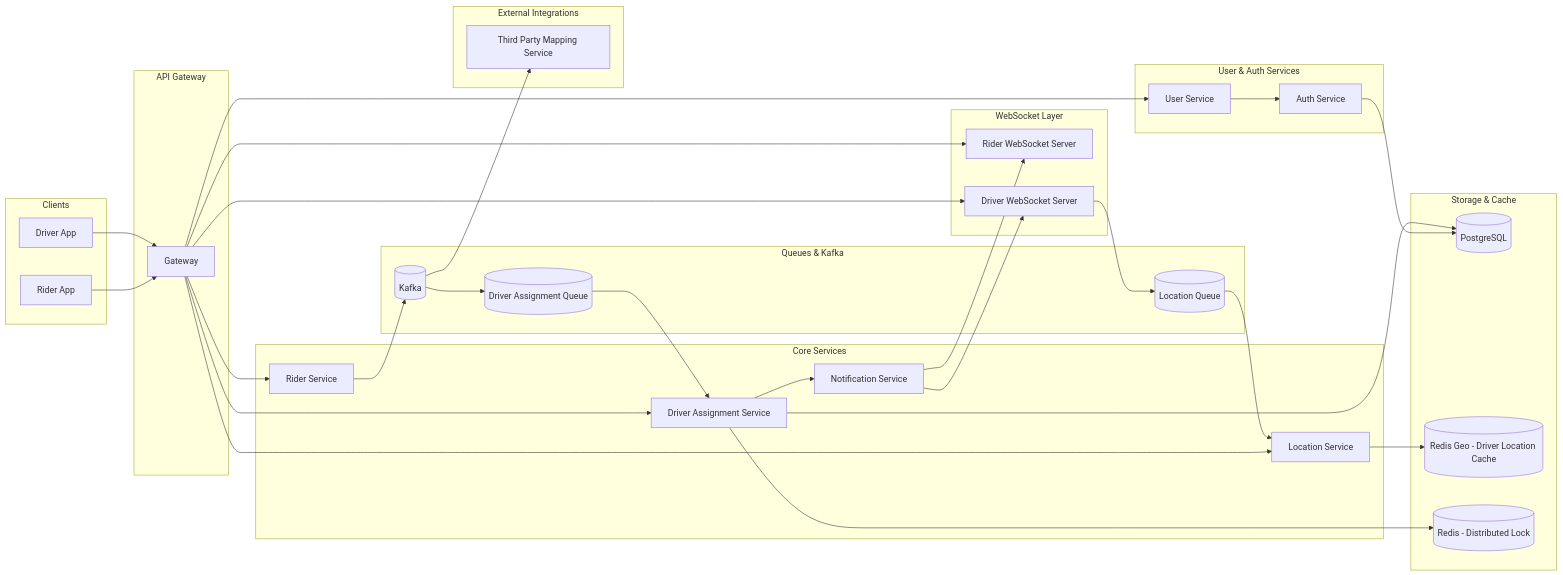
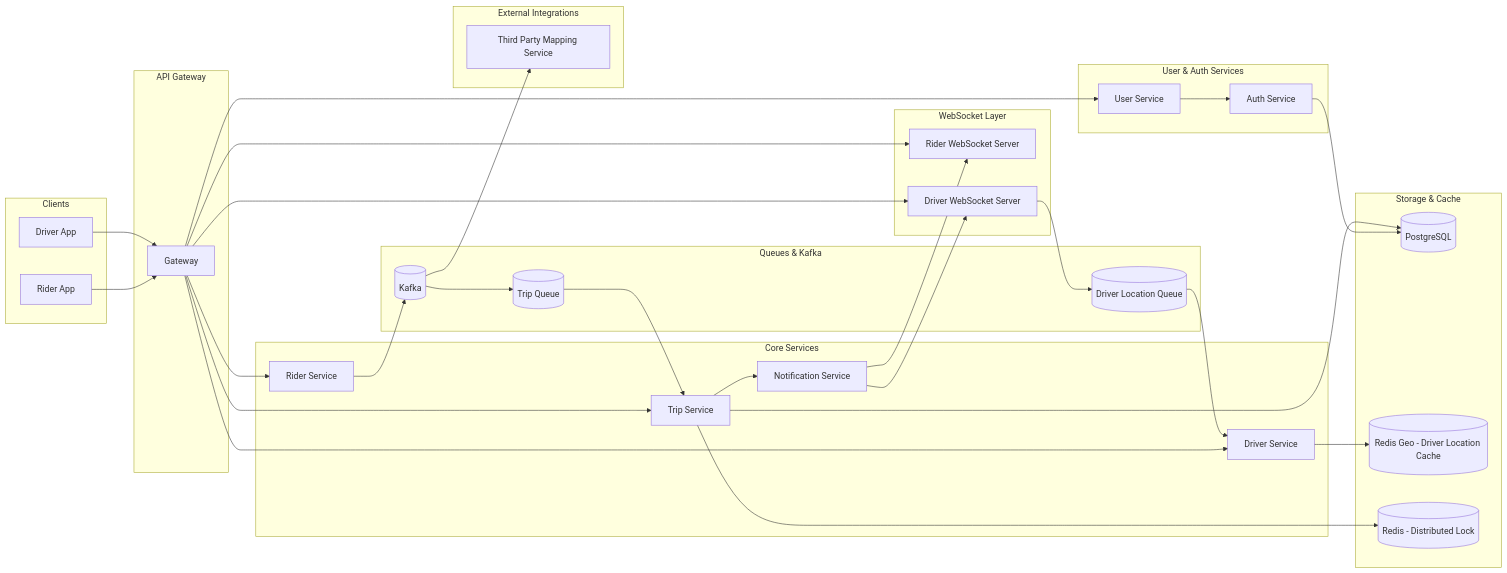
One commit to LeVanHuy84/microservice-server changed the first of 2 diagrams in ARCHITECTURE.md. Above: the diagram before and after it, drawn with Mermaid.

Commit message:
Update architecture diagram for services and queues

````diff
--- a/ARCHITECTURE.md
+++ b/ARCHITECTURE.md
@@ -5,73 +5,73 @@
 ```mermaid
 flowchart LR
     subgraph Clients
         RiderApp[Rider App]
         DriverApp[Driver App]
     end
 
     subgraph GatewayLayer[API Gateway]
         Gateway[Gateway]
     end
 
     subgraph WebSockets[WebSocket Layer]
         RiderWS[Rider WebSocket Server]
         DriverWS[Driver WebSocket Server]
     end
 
     subgraph UserManagement[User & Auth Services]
         UserService[User Service]
         AuthService[Auth Service]
     end
 
     subgraph Core[Core Services]
         RiderService[Rider Service]
-        DriverAssign[Driver Assignment Service]
-        LocationService[Location Service]
+        TripService[Trip Service]
+        DriverService[Driver Service]
         NotificationService[Notification Service]
     end
 
     subgraph Messaging[Queues & Kafka]
         Kafka[(Kafka)]
-        DriverAssignQ[(Driver Assignment Queue)]
-        LocationQ[(Location Queue)]
+        TripQueue[(Trip Queue)]
+        DriverLocQueue[(Driver Location Queue)]
     end
 
     subgraph Storage[Storage & Cache]
         DB[(PostgreSQL)]
         RedisGeo[(Redis Geo - Driver Location Cache)]
         RedisLock[(Redis - Distributed Lock)]
     end
 
     subgraph External[External Integrations]
         Mapping[Third Party Mapping Service]
     end
 
     RiderApp --> Gateway
     DriverApp --> Gateway
 
     Gateway --> RiderWS
     Gateway --> DriverWS
     Gateway --> UserService
     UserService --> AuthService
     AuthService --> DB
 
     Gateway --> RiderService
-    Gateway --> DriverAssign
-    Gateway --> LocationService
+    Gateway --> TripService
+    Gateway --> DriverService
 
     RiderService --> Kafka
     Kafka --> Mapping
-    Kafka --> DriverAssignQ
+    Kafka --> TripQueue
 
-    DriverAssignQ --> DriverAssign
-    DriverAssign --> RedisLock
-    DriverAssign --> DB
-    DriverAssign --> NotificationService
+    TripQueue --> TripService
+    TripService --> RedisLock
+    TripService --> DB
+    TripService --> NotificationService
 
     NotificationService --> DriverWS
     NotificationService --> RiderWS
 
-    DriverWS --> LocationQ
-    LocationQ --> LocationService
-    LocationService --> RedisGeo
+    DriverWS --> DriverLocQueue
+    DriverLocQueue --> DriverService
+    DriverService --> RedisGeo
 ```
````
